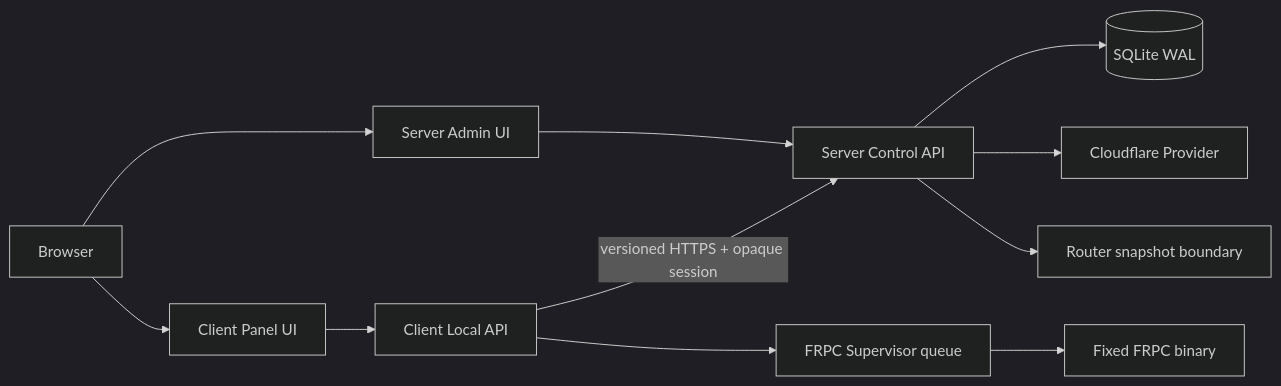
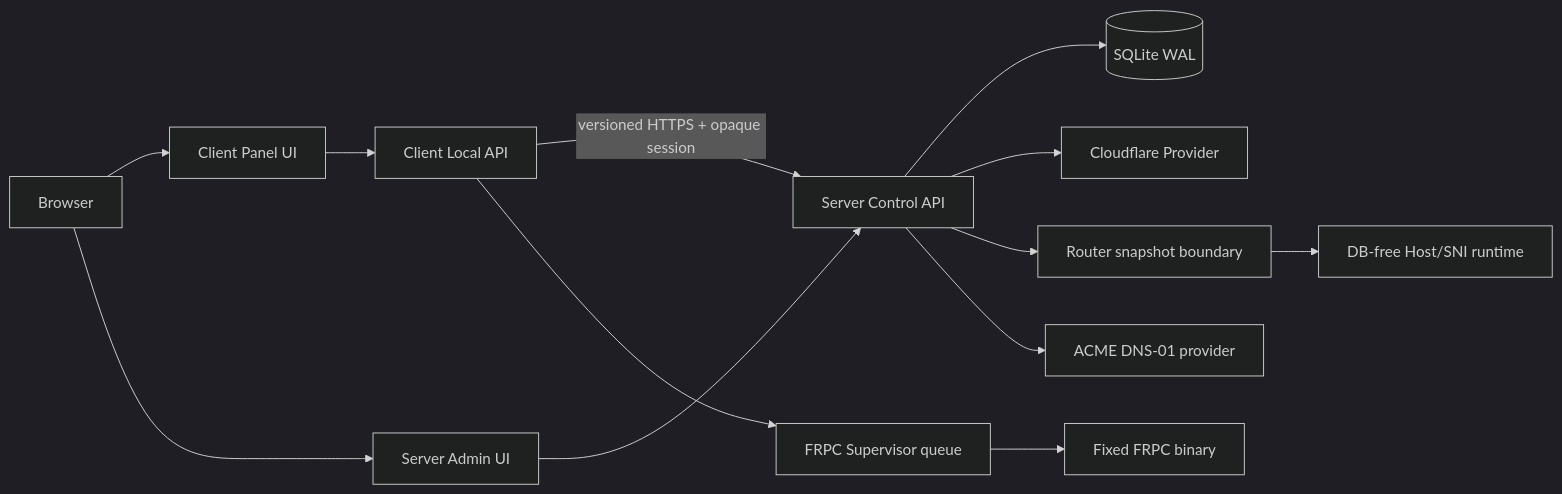
The diagram in docs/architecture.md (sshiong/frp-panel-platform-v3), drawn with Mermaid (dark theme) before and after one commit. The commit also changed other lines of this file and 43 other files, not shown here.

````diff
--- a/docs/architecture.md
+++ b/docs/architecture.md
@@ -5,13 +5,15 @@
 ```mermaid
 flowchart LR
   browser[Browser] --> clientUI[Client Panel UI]
   browser --> adminUI[Server Admin UI]
   clientUI --> clientAPI[Client Local API]
   adminUI --> serverAPI[Server Control API]
   clientAPI -->|versioned HTTPS + opaque session| serverAPI
   serverAPI --> db[(SQLite WAL)]
   serverAPI --> cf[Cloudflare Provider]
   clientAPI --> supervisor[FRPC Supervisor queue]
   supervisor --> frpc[Fixed FRPC binary]
   serverAPI --> router[Router snapshot boundary]
+  router --> routerRuntime[DB-free Host/SNI runtime]
+  serverAPI --> acme[ACME DNS-01 provider]
 ```
````
